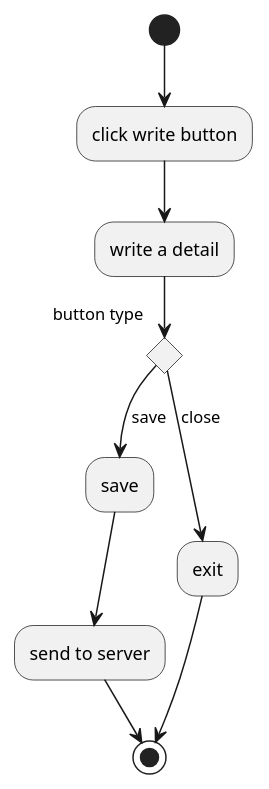
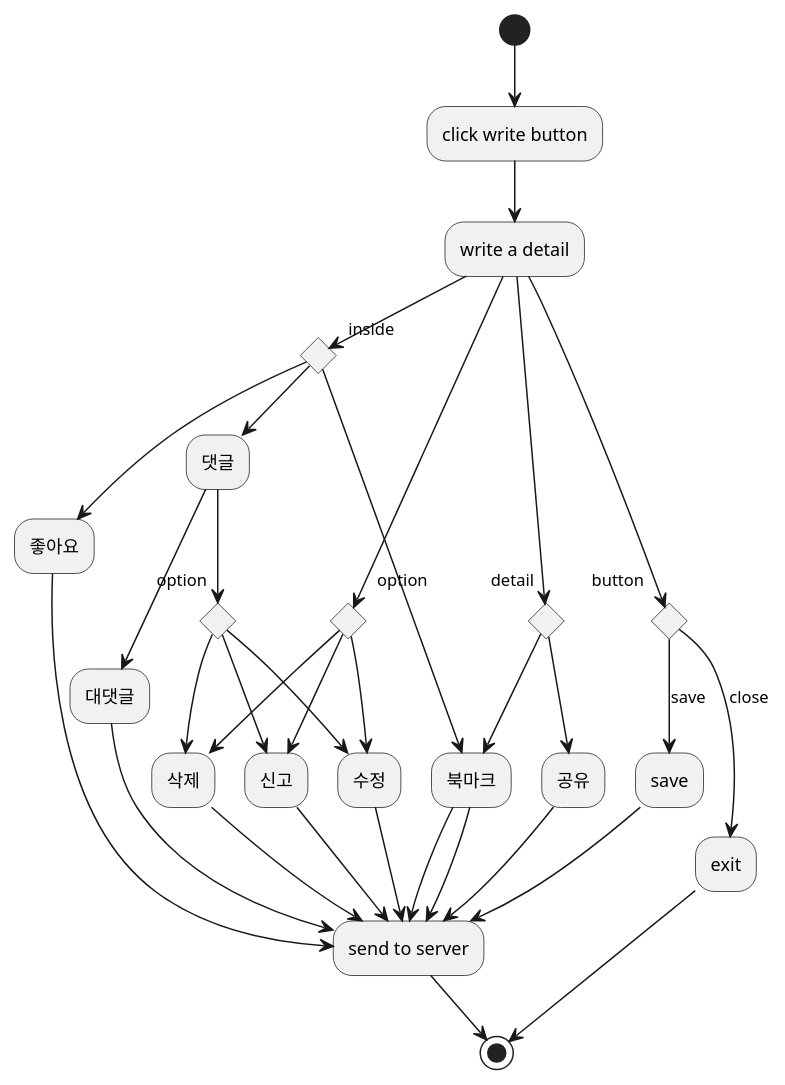
Before and after one commit to hiseongmi/CampBears-front: the diagram in docs/logic/writeBoard.puml, drawn with PlantUML. The commit also changed 7 other files, not shown here.

```diff
--- a/docs/logic/writeBoard.puml
+++ b/docs/logic/writeBoard.puml
@@ -1,15 +1,51 @@
 @startuml
 
 (*) --> click write button
---> write a detail
-if button type
+--> "write a detail" as write
+if button
 --> [save] "save" as save
 else
 --> [close] "exit" as exit
+
+write --> if option
+--> "수정" as 수정
+else
+--> "삭제" as 삭제
+else
+--> "신고" as 신고
+
+수정 -down-> "send to server"
+삭제 -down-> "send to server"
+신고 -down-> "send to server"
+
+write --> if detail
+--> "공유"
+-down-> "send to server"
+else
+--> "북마크"
+-down-> "send to server"
+
+write --> if inside
+--> "댓글" as comment
+--> "대댓글"
+-down-> "send to server"
+else
+--> "좋아요"
+-down-> "send to server"
+else
+--> "북마크"
+-down-> "send to server"
+
+comment --> if option
+--> "수정"
+else
+--> "삭제"
+else
+--> "신고"
 
 save --> send to server
  --> (*)
 exit --> (*)
 
 
 @enduml
```
